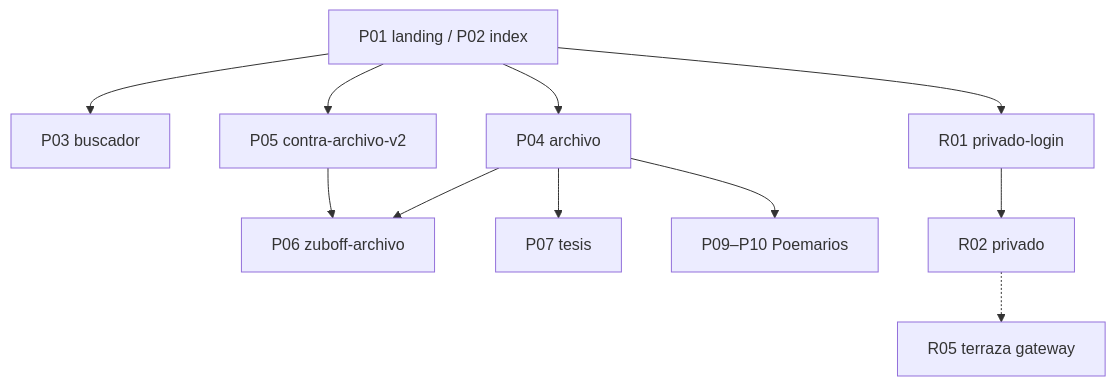
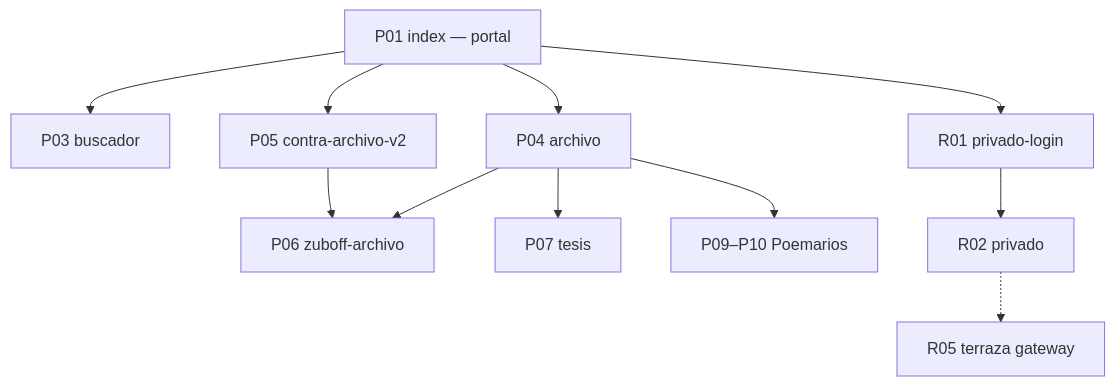
One commit to vientonorte/antropologia-corrupcion changed the diagram in docs/INVENTARIO_CONTENIDOS_IA.md. Above: the diagram before and after it, drawn with Mermaid. The commit also changed other lines of this file and 7 other files, not shown here.

````diff
--- a/docs/INVENTARIO_CONTENIDOS_IA.md
+++ b/docs/INVENTARIO_CONTENIDOS_IA.md
@@ -184,24 +185,24 @@
 ```mermaid
 flowchart TD
-  landing["P01 landing / P02 index"]
+  index["P01 index — portal"]
   buscador["P03 buscador"]
   archivo["P04 archivo"]
   v2["P05 contra-archivo-v2"]
   zuboff["P06 zuboff-archivo"]
   tesis["P07 tesis"]
   poemas["P09–P10 Poemarios"]
   login["R01 privado-login"]
   privado["R02 privado"]
   terraza["R05 terraza gateway"]
 
-  landing --> buscador
-  landing --> archivo
-  landing --> v2
-  landing --> login
+  index --> buscador
+  index --> archivo
+  index --> v2
+  index --> login
   archivo --> zuboff
   archivo --> tesis
   archivo --> poemas
   v2 --> zuboff
   login --> privado
   privado -.-> terraza
 ```
````
